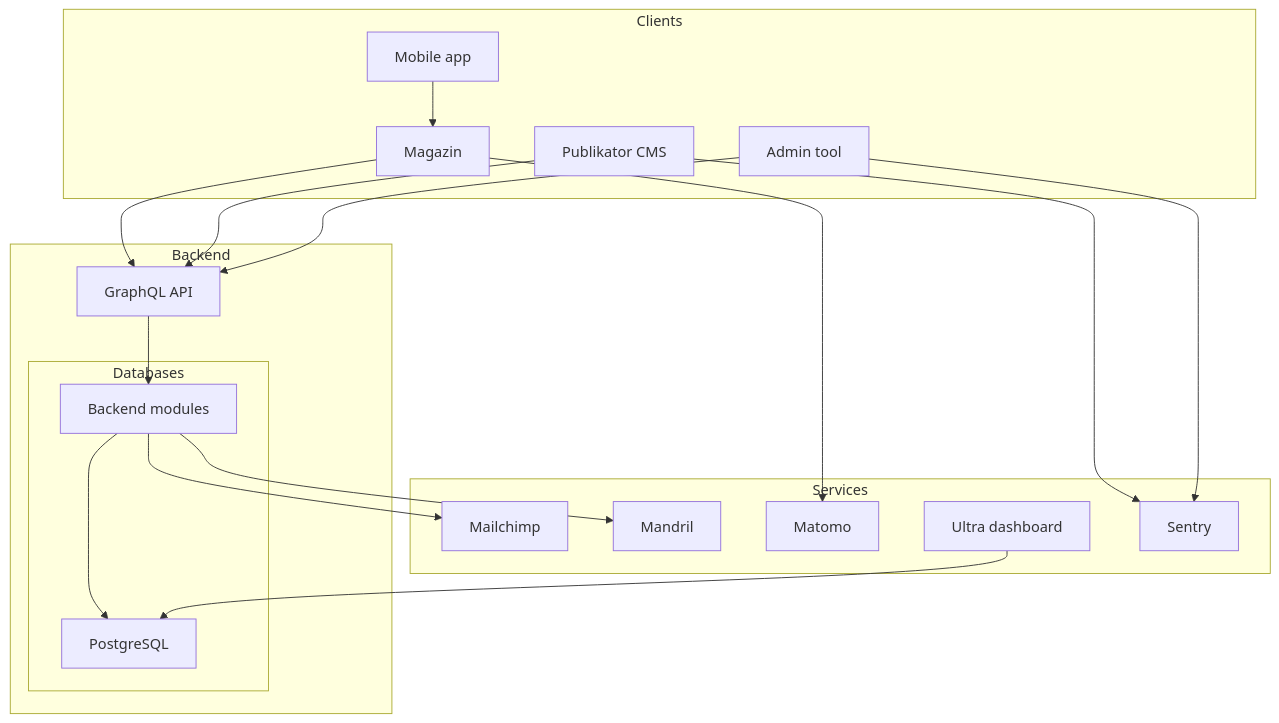
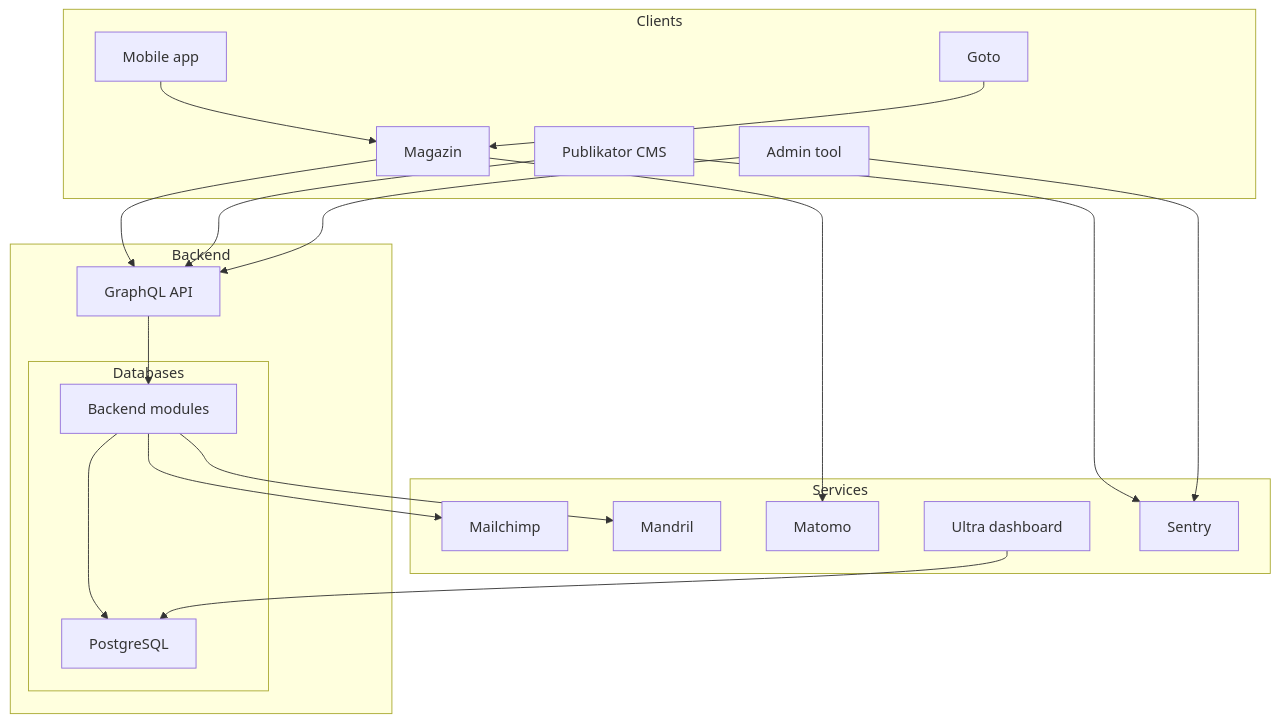
The diagram in docs/pages/software/architecture.md (republik/plattform), drawn with Mermaid before and after one commit. The commit also changed 1 other file, not shown here.

Commit message:
docs: add software/applications/goto

````diff
--- a/docs/pages/software/architecture.md
+++ b/docs/pages/software/architecture.md
@@ -5,42 +5,44 @@
 ```mermaid
 graph TD;
   subgraph Clients [Clients]
-  APP[Mobile app];
-  MAGAZIN[Magazin];
-  PUBLIKATOR[Publikator CMS];
-  ADMIN[Admin tool];
-  APP --> MAGAZIN;
+    APP[Mobile app];
+    MAGAZIN[Magazin];
+    PUBLIKATOR[Publikator CMS];
+    ADMIN[Admin tool];
+    GOTO[Goto];
+    APP --> MAGAZIN;
+    GOTO --> MAGAZIN;
   end
 
   subgraph Backend [Backend]
     API[GraphQL API];
     BACKEND_MODULES[Backend modules];
     API --> BACKEND_MODULES;
     MAGAZIN --> API;
     PUBLIKATOR --> API;
     ADMIN --> API;
 
     subgraph Databases [Databases]
       DB[PostgreSQL];
       BACKEND_MODULES --> DB;
     end
 
   end
 
   subgraph Services [Services]
     MAILCHIMP[Mailchimp];
     MANDRIL[Mandril];
     MATOMO[Matomo];
     ULTRA[Ultra dashboard];
     SENTRY[Sentry];
 
     BACKEND_MODULES --> MAILCHIMP;
     BACKEND_MODULES --> MANDRIL;
 
     MAGAZIN --> MATOMO;
     PUBLIKATOR --> SENTRY;
     ADMIN --> SENTRY;
 
     ULTRA --> DB;
   end
 ```
````
